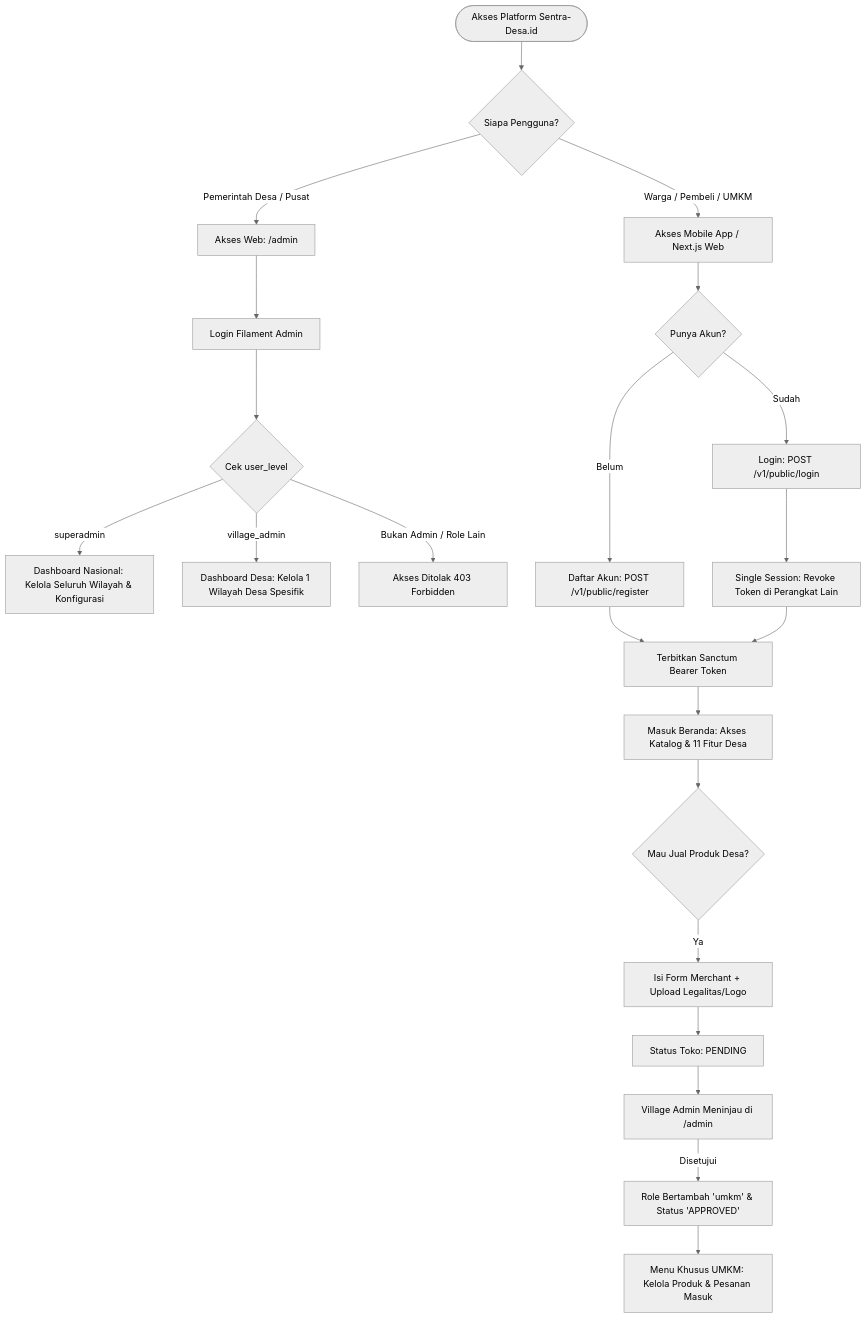
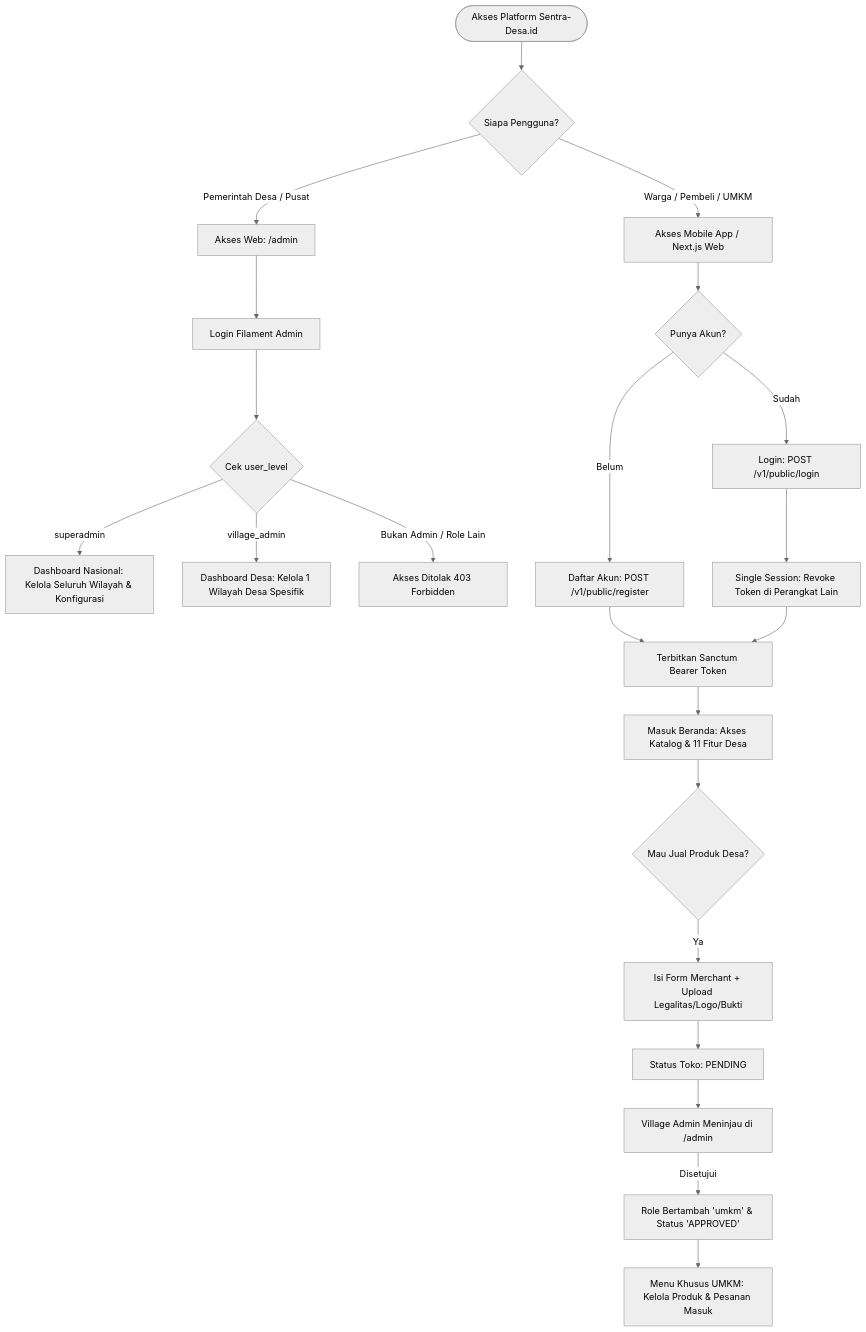
Before and after one commit to imanmukhlisin/sentra_desa_backend: the first of 9 diagrams in DIAGRAM.md, drawn with Mermaid (neutral theme). The commit also changed other lines of this file, not shown here.

Commit message:
docs: add UMKM membership lifecycle, B2G subscription, and frontend screen blueprint diagrams

````diff
--- a/DIAGRAM.md
+++ b/DIAGRAM.md
@@ -26,30 +29,30 @@
 ```mermaid
 flowchart TD
     Start([Akses Platform Sentra-Desa.id]) --> RoleCheck{Siapa Pengguna?}
     
     %% Alur Administrator (Backoffice)
     RoleCheck -->|Pemerintah Desa / Pusat| WebAdmin[Akses Web: /admin]
     WebAdmin --> FormLoginAdmin[Login Filament Admin]
     FormLoginAdmin --> CheckAdminLevel{Cek user_level}
     CheckAdminLevel -->|superadmin| SuperDashboard[Dashboard Nasional: Kelola Seluruh Wilayah & Konfigurasi]
     CheckAdminLevel -->|village_admin| VillageDashboard[Dashboard Desa: Kelola 1 Wilayah Desa Spesifik]
     CheckAdminLevel -->|Bukan Admin / Role Lain| DeniedAdmin[Akses Ditolak 403 Forbidden]
     
     %% Alur Masyarakat & UMKM (Client Apps)
     RoleCheck -->|Warga / Pembeli / UMKM| ClientApp[Akses Mobile App / Next.js Web]
     ClientApp --> HasAccount{Punya Akun?}
     HasAccount -->|Belum| RegisterUser[Daftar Akun: POST /v1/public/register]
     RegisterUser --> GenerateToken[Terbitkan Sanctum Bearer Token]
     HasAccount -->|Sudah| LoginUser[Login: POST /v1/public/login]
     LoginUser --> SingleSession[Single Session: Revoke Token di Perangkat Lain]
     SingleSession --> GenerateToken
     GenerateToken --> UserHome[Masuk Beranda: Akses Katalog & 11 Fitur Desa]
     
     %% Promosi Menjadi UMKM
     UserHome --> UpgradeUMKM{Mau Jual Produk Desa?}
-    UpgradeUMKM -->|Ya| SubmitMerchant[Isi Form Merchant + Upload Legalitas/Logo]
+    UpgradeUMKM -->|Ya| SubmitMerchant[Isi Form Merchant + Upload Legalitas/Logo/Bukti]
     SubmitMerchant --> StatusPending[Status Toko: PENDING]
     StatusPending --> ReviewVillage[Village Admin Meninjau di /admin]
     ReviewVillage -->|Disetujui| ActiveUMKM[Role Bertambah 'umkm' & Status 'APPROVED']
     ActiveUMKM --> UMKMDashboard[Menu Khusus UMKM: Kelola Produk & Pesanan Masuk]
 ```
````
